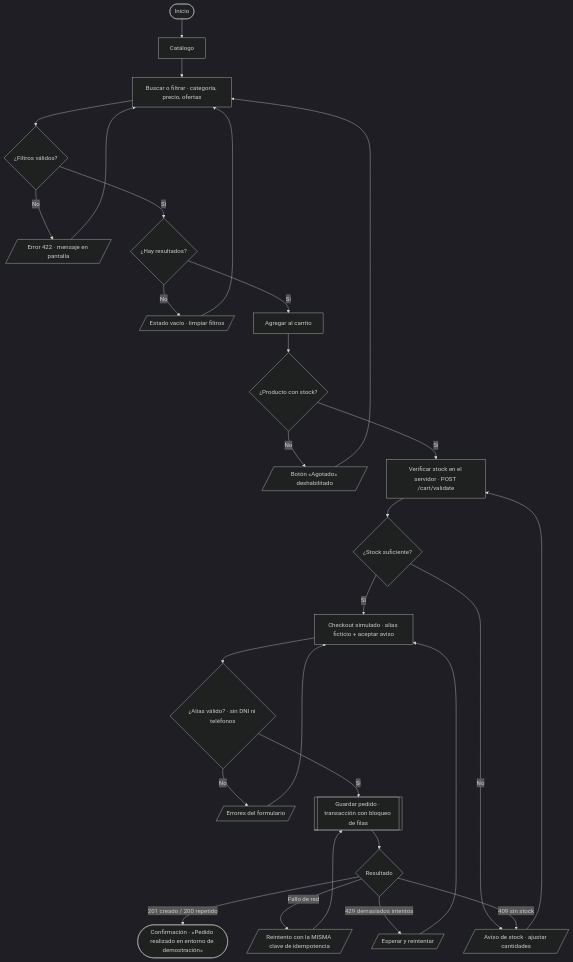
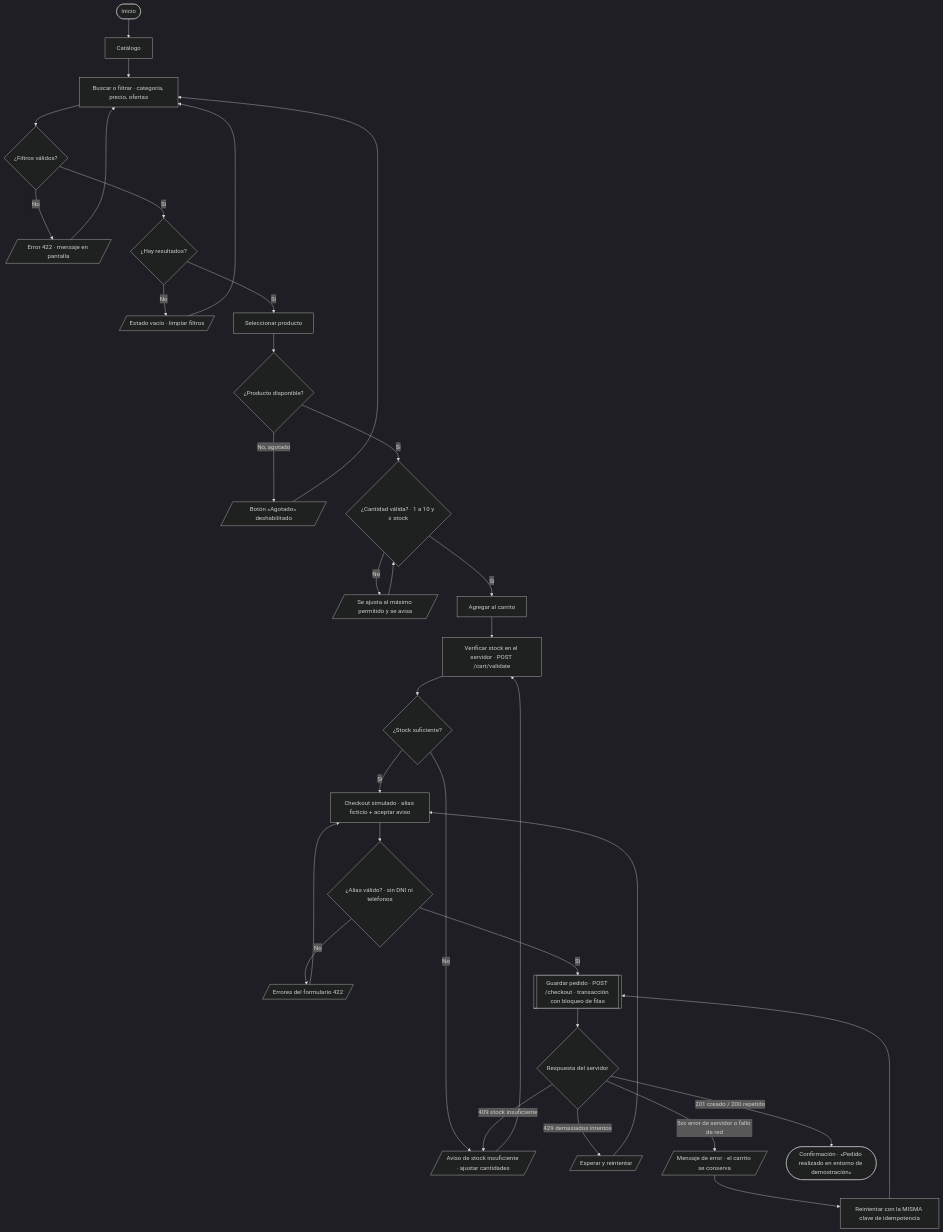
One commit to Elias040720/Kay-Care changed the diagram in academic-pharmacy/docs/diagrams/a-flujo-compra.mmd. Above: the diagram before and after it, drawn with Mermaid (dark theme). The commit also changed 35 other files, not shown here.

```diff
--- a/academic-pharmacy/docs/diagrams/a-flujo-compra.mmd
+++ b/academic-pharmacy/docs/diagrams/a-flujo-compra.mmd
@@ -1,32 +1,37 @@
 %% (A) Flujo de compra — Kay Care Farmacia (tienda demostrativa)
 %% Inicio → Catálogo → Buscar → Agregar al carrito → Verificar stock →
 %% Checkout simulado → Guardar pedido → Confirmación, con caminos de error.
 flowchart TD
     inicio([Inicio]) --> catalogo[Catálogo]
     catalogo --> buscar[Buscar o filtrar · categoría, precio, ofertas]
     buscar --> filtros{¿Filtros válidos?}
     filtros -- No --> errFiltro[/Error 422 · mensaje en pantalla/]
     errFiltro --> buscar
     filtros -- Sí --> hay{¿Hay resultados?}
     hay -- No --> vacio[/Estado vacío · limpiar filtros/]
     vacio --> buscar
-    hay -- Sí --> agregar[Agregar al carrito]
-    agregar --> agotado{¿Producto con stock?}
-    agotado -- No --> errAgotado[/Botón «Agotado» deshabilitado/]
+    hay -- Sí --> producto[Seleccionar producto]
+    producto --> disponible{¿Producto disponible?}
+    disponible -- No, agotado --> errAgotado[/Botón «Agotado» deshabilitado/]
     errAgotado --> buscar
-    agotado -- Sí --> verificar[Verificar stock en el servidor · POST /cart/validate]
+    disponible -- Sí --> cantidad{¿Cantidad válida? · 1 a 10 y ≤ stock}
+    cantidad -- No --> errCantidad[/Se ajusta al máximo permitido y se avisa/]
+    errCantidad --> cantidad
+    cantidad -- Sí --> agregar[Agregar al carrito]
+    agregar --> verificar[Verificar stock en el servidor · POST /cart/validate]
     verificar --> stockOk{¿Stock suficiente?}
-    stockOk -- No --> ajustar[/Aviso de stock · ajustar cantidades/]
+    stockOk -- No --> ajustar[/Aviso de stock insuficiente · ajustar cantidades/]
     ajustar --> verificar
     stockOk -- Sí --> checkout[Checkout simulado · alias ficticio + aceptar aviso]
     checkout --> datos{¿Alias válido? · sin DNI ni teléfonos}
-    datos -- No --> errDatos[/Errores del formulario/]
+    datos -- No --> errDatos[/Errores del formulario 422/]
     errDatos --> checkout
-    datos -- Sí --> guardar[[Guardar pedido · transacción con bloqueo de filas]]
-    guardar --> resultado{Resultado}
-    resultado -- 409 sin stock --> ajustar
+    datos -- Sí --> guardar[[Guardar pedido · POST /checkout · transacción con bloqueo de filas]]
+    guardar --> resultado{Respuesta del servidor}
+    resultado -- 409 stock insuficiente --> ajustar
     resultado -- 429 demasiados intentos --> espera[/Esperar y reintentar/]
     espera --> checkout
-    resultado -- Fallo de red --> reintento[/Reintento con la MISMA clave de idempotencia/]
+    resultado -- 5xx error de servidor o fallo de red --> errServidor[/Mensaje de error · el carrito se conserva/]
+    errServidor --> reintento[Reintentar con la MISMA clave de idempotencia]
     reintento --> guardar
     resultado -- 201 creado / 200 repetido --> confirmacion([Confirmación · «Pedido realizado en entorno de demostración»])
```
